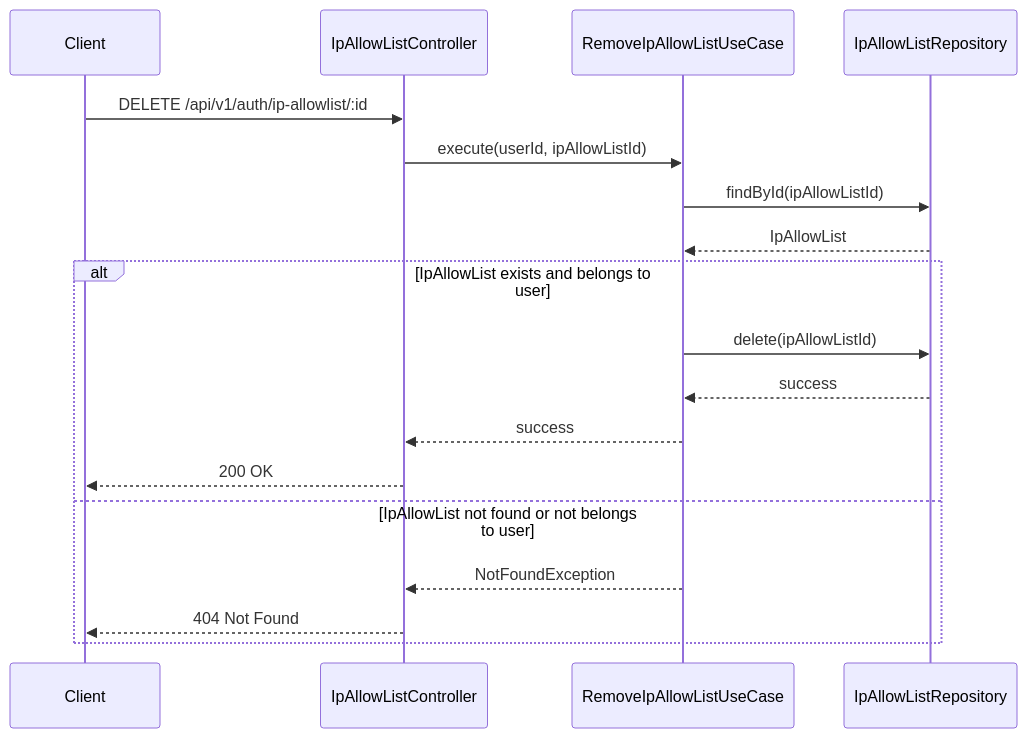
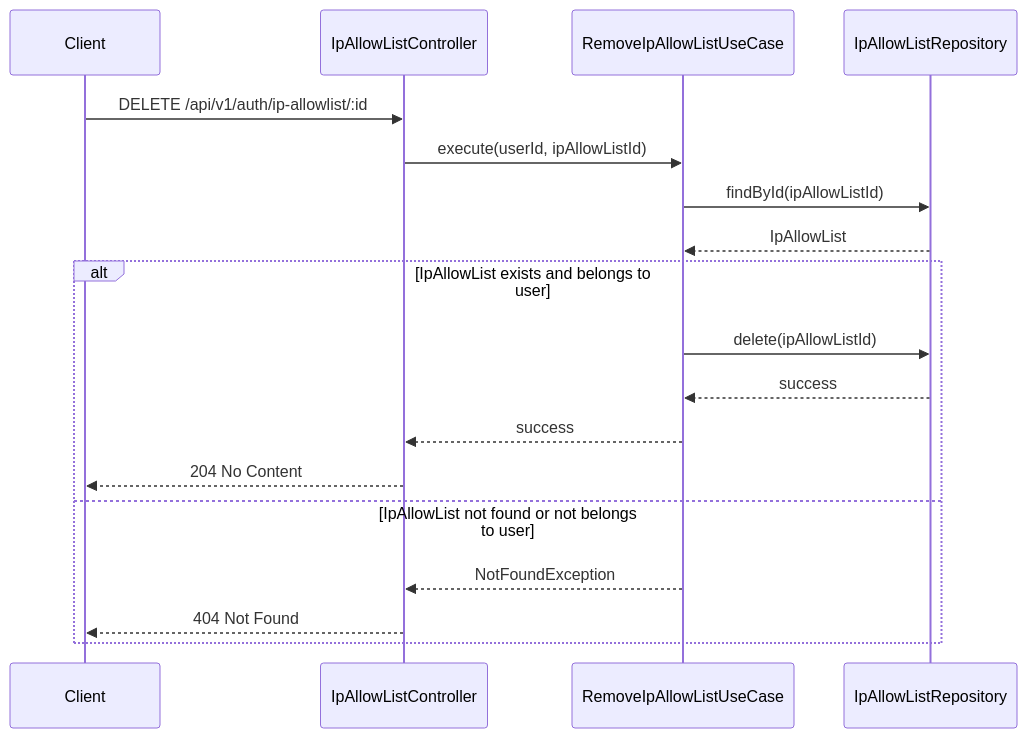
Before and after one commit to kencom2400/MrWebDefence-Console: the second of 4 diagrams in docs/detailed-design/MWD-31_ip-allowlist-implementation/sequence-diagrams.md, drawn with Mermaid.

Commit message:
docs: IP AllowList設計の修正 - シーケンス図とルールの更新
- sequence-diagrams.md: IP AllowList削除フローのレスポンスを204 No Contentに変更
- .cursor/rules: Geminiレビューからの学習を追加（データベースインデックスの冗長性排除、RESTful API設計、シーケンス図における責務分担）

MWD-31: Task 3.5: IP AllowList機能実装

````diff
--- a/docs/detailed-design/MWD-31_ip-allowlist-implementation/sequence-diagrams.md
+++ b/docs/detailed-design/MWD-31_ip-allowlist-implementation/sequence-diagrams.md
@@ -34,23 +34,23 @@
 ```mermaid
 sequenceDiagram
     participant Client
     participant IpAllowListController
     participant RemoveIpAllowListUseCase
     participant IpAllowListRepository
 
     Client->>IpAllowListController: DELETE /api/v1/auth/ip-allowlist/:id
     IpAllowListController->>RemoveIpAllowListUseCase: execute(userId, ipAllowListId)
     
     RemoveIpAllowListUseCase->>IpAllowListRepository: findById(ipAllowListId)
     IpAllowListRepository-->>RemoveIpAllowListUseCase: IpAllowList
     
     alt IpAllowList exists and belongs to user
         RemoveIpAllowListUseCase->>IpAllowListRepository: delete(ipAllowListId)
         IpAllowListRepository-->>RemoveIpAllowListUseCase: success
         RemoveIpAllowListUseCase-->>IpAllowListController: success
-        IpAllowListController-->>Client: 200 OK
+        IpAllowListController-->>Client: 204 No Content
     else IpAllowList not found or not belongs to user
         RemoveIpAllowListUseCase-->>IpAllowListController: NotFoundException
         IpAllowListController-->>Client: 404 Not Found
     end
 ```
````
